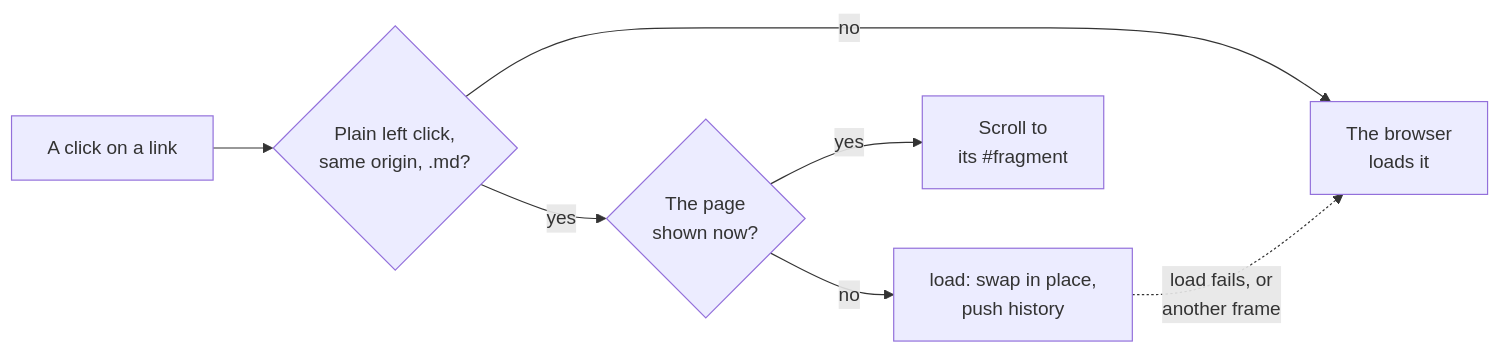
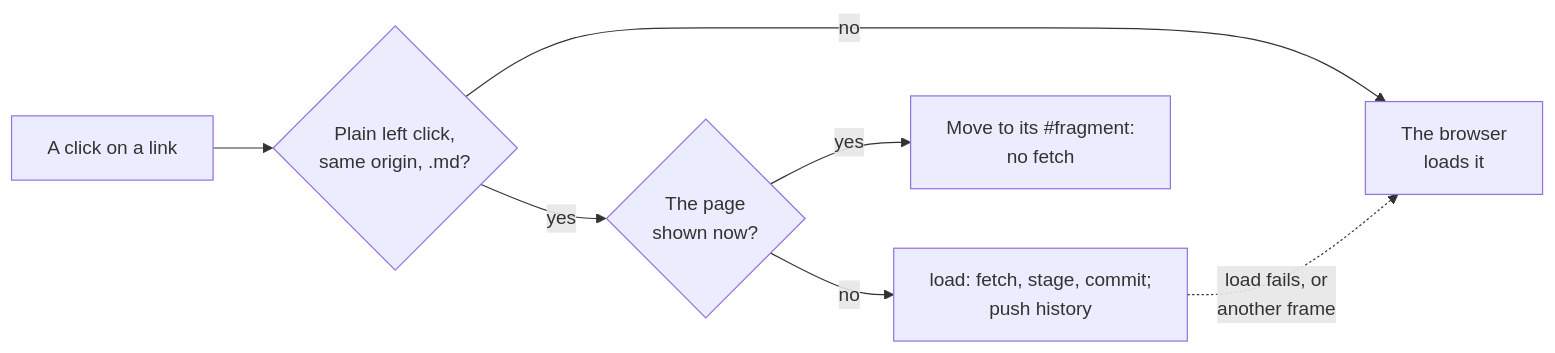
One commit to andrei512/devpage changed the diagram in docs/boxes/viewer/page-script/README.md. Above: the diagram before and after it, drawn with Mermaid. The commit also changed other lines of this file and 13 other files, not shown here.

First line of the commit message:
One swap path: fetch, stage, commit

````diff
--- a/docs/boxes/viewer/page-script/README.md
+++ b/docs/boxes/viewer/page-script/README.md
@@ -9,11 +9,11 @@
 ```mermaid
 flowchart LR
   click1["A click on a link"] --> plain{"Plain left click,<br/>same origin, .md?"}
   plain -->|"no"| browser["The browser<br/>loads it"]
   plain -->|"yes"| same{"The page<br/>shown now?"}
-  same -->|"yes"| hash["Scroll to<br/>its #fragment"]
-  same -->|"no"| swap["load: swap in place,<br/>push history"]
+  same -->|"yes"| hash["Move to its #fragment:<br/>no fetch"]
+  same -->|"no"| swap["load: fetch, stage, commit;<br/>push history"]
   swap -. "load fails, or<br/>another frame" .-> browser
   click swap href "#swapping-a-page-in-place" "Swapping a page in place"
   click plain href "#links-and-history" "Links and history"
 ```
````
